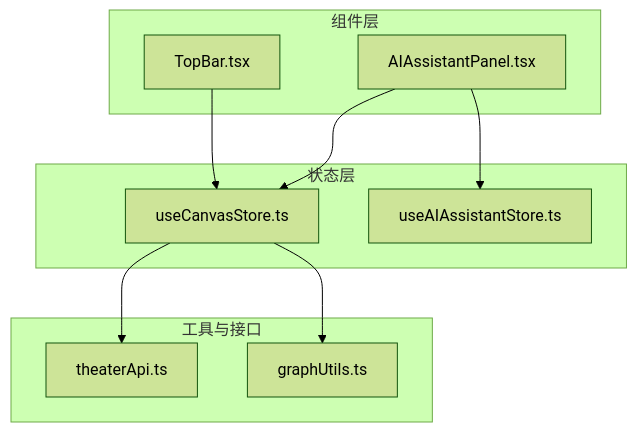
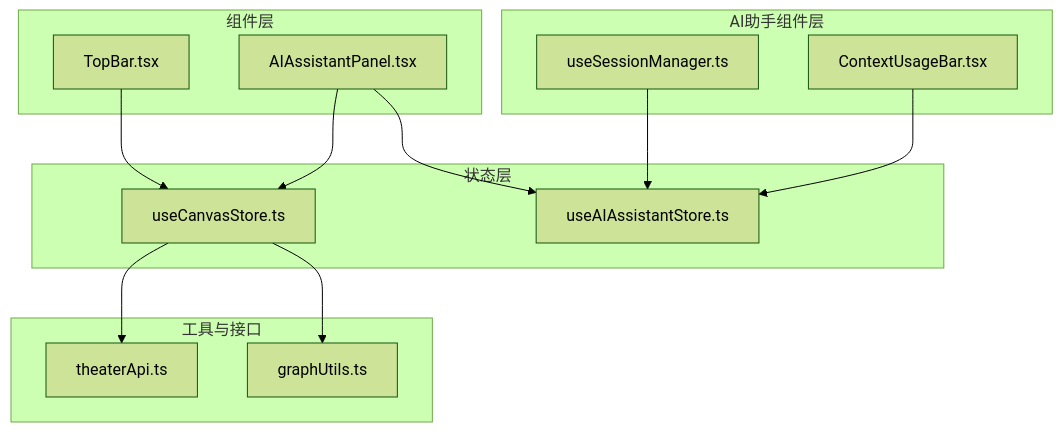
One commit to KunLabAI/KunFlix changed the first of 7 diagrams in .qoder/repowiki/zh/content/前端应用架构/状态管理/状态管理.md. Above: the diagram before and after it, drawn with Mermaid (forest theme). The commit also changed other lines of this file and 4 other files, not shown here.

````diff
--- a/.qoder/repowiki/zh/content/前端应用架构/状态管理/状态管理.md
+++ b/.qoder/repowiki/zh/content/前端应用架构/状态管理/状态管理.md
@@ -43,20 +56,26 @@
 ```mermaid
 graph TB
 subgraph "状态层"
 CS["useCanvasStore.ts"]
 AIS["useAIAssistantStore.ts"]
+end
+subgraph "AI助手组件层"
+USM["useSessionManager.ts"]
+CUB["ContextUsageBar.tsx"]
 end
 subgraph "组件层"
 TB["TopBar.tsx"]
 AIP["AIAssistantPanel.tsx"]
 end
 subgraph "工具与接口"
 TA["theaterApi.ts"]
 GU["graphUtils.ts"]
 end
 TB --> CS
 AIP --> CS
 AIP --> AIS
+USM --> AIS
+CUB --> AIS
 CS --> TA
 CS --> GU
 ```
````
